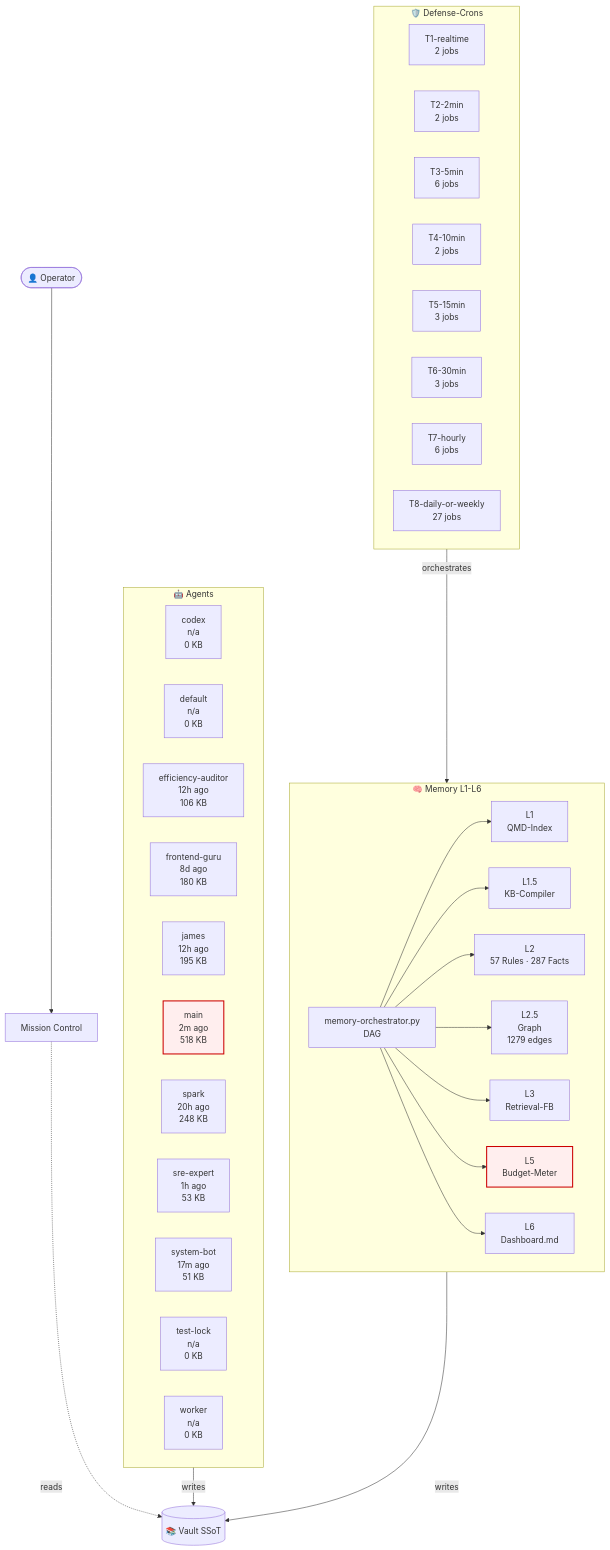
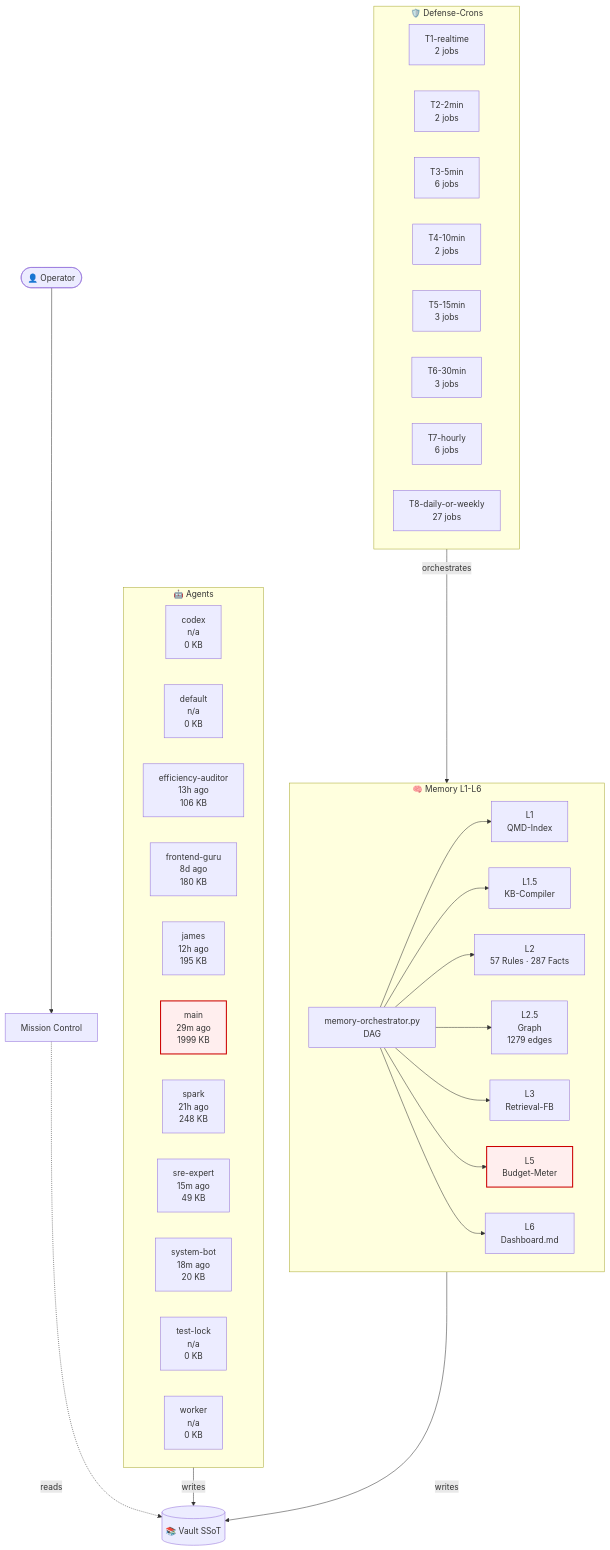
Before and after one commit to lenardhuebner88-rgb/openclaw-memory: the diagram in 03-Agents/architecture-live.md, drawn with Mermaid. The commit also changed other lines of this file and 13 other files, not shown here.

````diff
--- a/03-Agents/architecture-live.md
+++ b/03-Agents/architecture-live.md
@@ -18,54 +18,54 @@
 ```mermaid
 flowchart TB
     classDef critical fill:#fee,stroke:#c00,stroke-width:2px;
     subgraph AGT["🤖 Agents"]
         agent_codex["codex<br/>n/a<br/>0 KB"]
         agent_default["default<br/>n/a<br/>0 KB"]
-        agent_efficiency_auditor["efficiency-auditor<br/>12h ago<br/>106 KB"]
+        agent_efficiency_auditor["efficiency-auditor<br/>13h ago<br/>106 KB"]
         agent_frontend_guru["frontend-guru<br/>8d ago<br/>180 KB"]
         agent_james["james<br/>12h ago<br/>195 KB"]
-        agent_main["main<br/>2m ago<br/>518 KB"]
-        agent_spark["spark<br/>20h ago<br/>248 KB"]
-        agent_sre_expert["sre-expert<br/>1h ago<br/>53 KB"]
-        agent_system_bot["system-bot<br/>17m ago<br/>51 KB"]
+        agent_main["main<br/>29m ago<br/>1999 KB"]
+        agent_spark["spark<br/>21h ago<br/>248 KB"]
+        agent_sre_expert["sre-expert<br/>15m ago<br/>49 KB"]
+        agent_system_bot["system-bot<br/>18m ago<br/>20 KB"]
         agent_test_lock["test-lock<br/>n/a<br/>0 KB"]
         agent_worker["worker<br/>n/a<br/>0 KB"]
     end
     subgraph MEM["🧠 Memory L1-L6"]
         L1["L1<br/>QMD-Index"]
         L15["L1.5<br/>KB-Compiler"]
         L2["L2<br/>57 Rules · 287 Facts"]
         L25["L2.5<br/>Graph<br/>1279 edges"]
         L3["L3<br/>Retrieval-FB"]
         L5["L5<br/>Budget-Meter"]
         L6["L6<br/>Dashboard.md"]
         ORCH["memory-orchestrator.py<br/>DAG"]
     end
     subgraph CRN["🛡️ Defense-Crons"]
         tier_T1_realtime["T1-realtime<br/>2 jobs"]
         tier_T2_2min["T2-2min<br/>2 jobs"]
         tier_T3_5min["T3-5min<br/>6 jobs"]
         tier_T4_10min["T4-10min<br/>2 jobs"]
         tier_T5_15min["T5-15min<br/>3 jobs"]
         tier_T6_30min["T6-30min<br/>3 jobs"]
         tier_T7_hourly["T7-hourly<br/>6 jobs"]
         tier_T8_daily_or_weekly["T8-daily-or-weekly<br/>27 jobs"]
     end
     VAULT[("📚 Vault SSoT")]
     OP([👤 Operator])
     MC["Mission Control"]
     OP --> MC
     MC -.reads.-> VAULT
     AGT -->|writes| VAULT
     MEM -->|writes| VAULT
     ORCH --> L1
     ORCH --> L15
     ORCH --> L2
     ORCH --> L25
     ORCH --> L3
     ORCH --> L5
     ORCH --> L6
     CRN -->|orchestrates| MEM
     class L5 critical
     class agent_main critical
 ```
````
